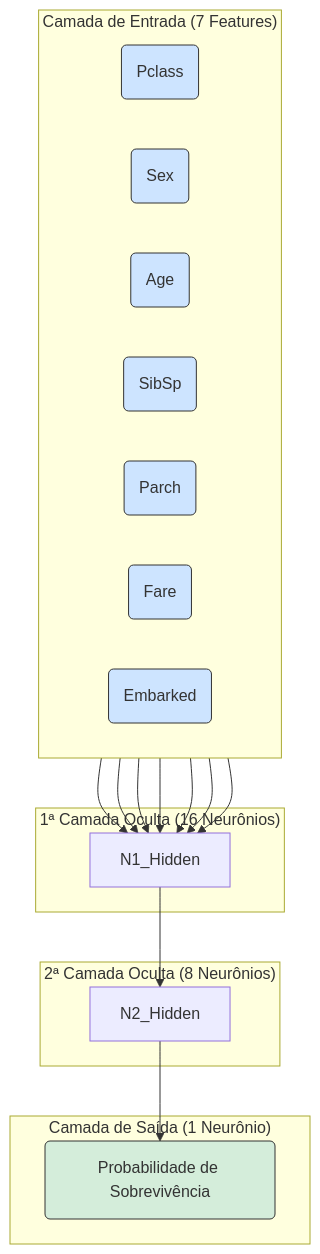
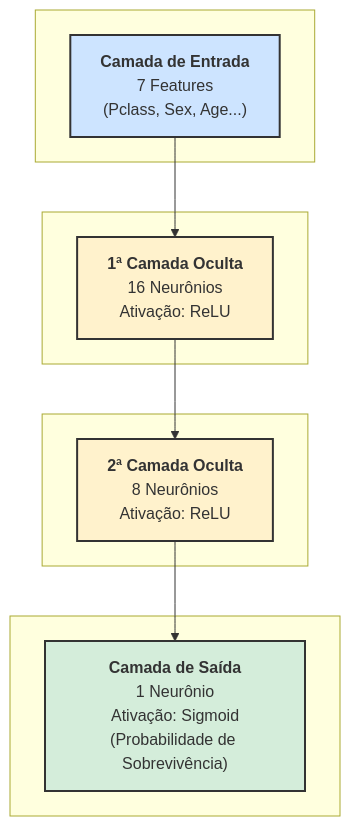
One commit to Cap-alfaMike/titanic-survival-eda-prediction-tensorflow changed the diagram in README.md. Above: the diagram before and after it, drawn with Mermaid.

Commit message:
Finaliza projeto com análise, modelo e documentação completa

````diff
--- a/README.md
+++ b/README.md
@@ -94,87 +94,41 @@
 ```mermaid
-
-
-graph TD
-
-
-    subgraph "Camada de Entrada (7 Features) <br/>"
-
-
-
-        direction LR
-
-
-        I1(Pclass); I2(Sex); I3(Age); I4(SibSp); I5(Parch); I6(Fare); I7(Embarked);
-        
-
-    end
-
-
-    subgraph "1ª Camada Oculta (16 Neurônios)<br/>"
-
-
-
-        N1_Hidden;
-        
-
-    end
-
-
-    subgraph "2ª Camada Oculta (8 Neurônios)<br/>"
-
-
-
-        N2_Hidden;
-
-    end
-
-
-    subgraph "Camada de Saída (1 Neurônio)<br/>"
-
-
-
-        N_Out(Probabilidade de Sobrevivência);
-        
-
-    end
-
-
-    I1 & I2 & I3 & I4 & I5 & I6 & I7 --> N1_Hidden;
-    
-
-    N1_Hidden --> N2_Hidden;
-    
-
-    N2_Hidden --> N_Out;
-    
-
-
-    style I1 fill:#cde4ff,stroke:#333
-
-    style I2 fill:#cde4ff,stroke:#333
-
-    style I3 fill:#cde4ff,stroke:#333
-
-    style I4 fill:#cde4ff,stroke:#333
-
-    style I5 fill:#cde4ff,stroke:#333
-
-    style I6 fill:#cde4ff,stroke:#333
-
-    style I7 fill:#cde4ff,stroke:#333
-
-    style N_Out fill:#d4edda,stroke:#333
 
 
 
 
 
+graph TD
+    subgraph " "
+        I["<b>Camada de Entrada</b><br/>7 Features<br/>(Pclass, Sex, Age...)"]
+    end
 
 
 
+    subgraph " "
+        H1["<b>1ª Camada Oculta</b><br/>16 Neurônios<br/>Ativação: ReLU"]
+    end
 
 
 
+    subgraph " "
+        H2["<b>2ª Camada Oculta</b><br/>8 Neurônios<br/>Ativação: ReLU"]
+    end
 
 
+
+    subgraph " "
+        O["<b>Camada de Saída</b><br/>1 Neurônio<br/>Ativação: Sigmoid<br/>(Probabilidade de Sobrevivência)"]
+    end
+
+
+
+    I --> H1
+    H1 --> H2
+    H2 --> O
+
+    style I fill:#cde4ff,stroke:#333,stroke-width:2px
+    style H1 fill:#fff2cc,stroke:#333,stroke-width:2px
+    style H2 fill:#fff2cc,stroke:#333,stroke-width:2px
+    style O fill:#d4edda,stroke:#333,stroke-width:2px
+
 ```
````
